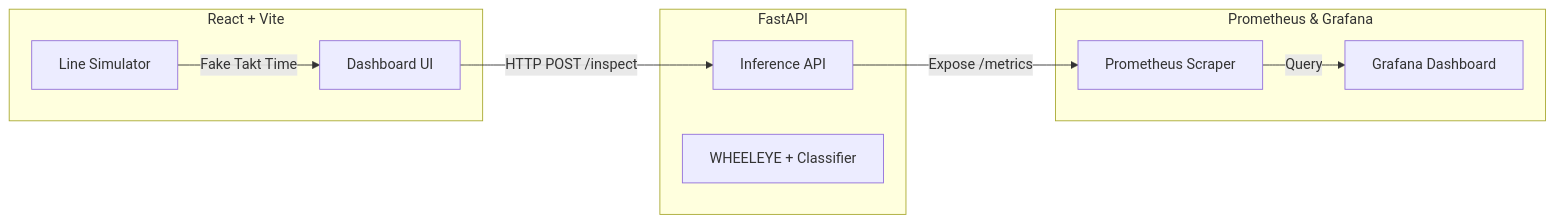
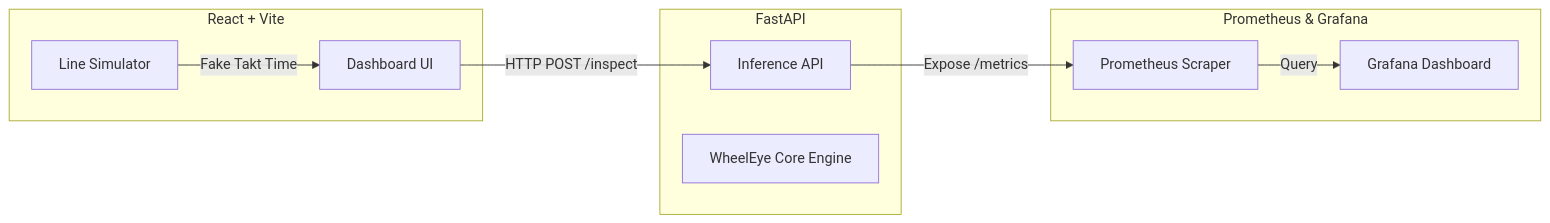
One commit to GughanS/renault_nissan changed the diagram in README.md. Above: the diagram before and after it, drawn with Mermaid. The commit also changed other lines of this file, not shown here.

````diff
--- a/README.md
+++ b/README.md
@@ -25,22 +42,22 @@
 ```mermaid
 graph LR
     subgraph Frontend [React + Vite]
         UI[Dashboard UI]
         SIM[Line Simulator]
     end
     
     subgraph Backend [FastAPI]
         API[Inference API]
-        CV[WHEELEYE + Classifier]
+        CV[WheelEye Core Engine]
     end
     
     subgraph Observability [Prometheus & Grafana]
         PROM[Prometheus Scraper]
         GRAF[Grafana Dashboard]
     end
 
     UI -- HTTP POST /inspect --> API
     SIM -- Fake Takt Time --> UI
     API -- Expose /metrics --> PROM
     PROM -- Query --> GRAF
 ```
````
